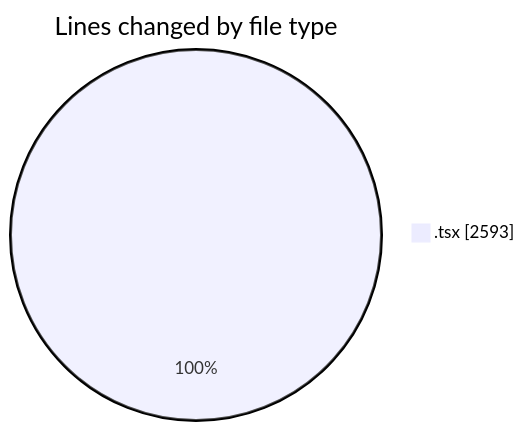
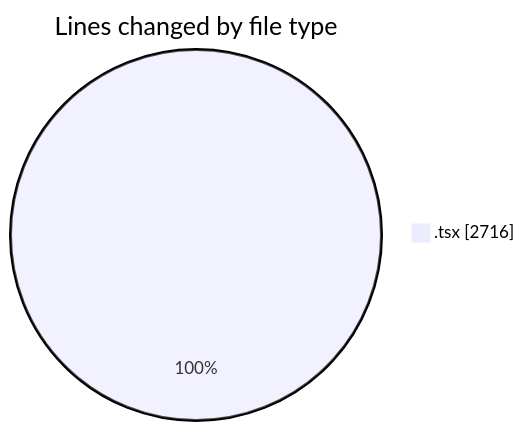
The first of 2 diagrams in 2026-06-25/nxtqube_webapp/README.md (nxtqubesakshisongat/code-tracking), drawn with Mermaid before and after one commit. The commit also changed other lines of this file and 1 other file, not shown here.

````diff
--- a/2026-06-25/nxtqube_webapp/README.md
+++ b/2026-06-25/nxtqube_webapp/README.md
@@ -20,5 +21,5 @@
 ```mermaid
 pie showData
 title Lines changed by file type
-".tsx" : 2593
+".tsx" : 2716
 ```
````
